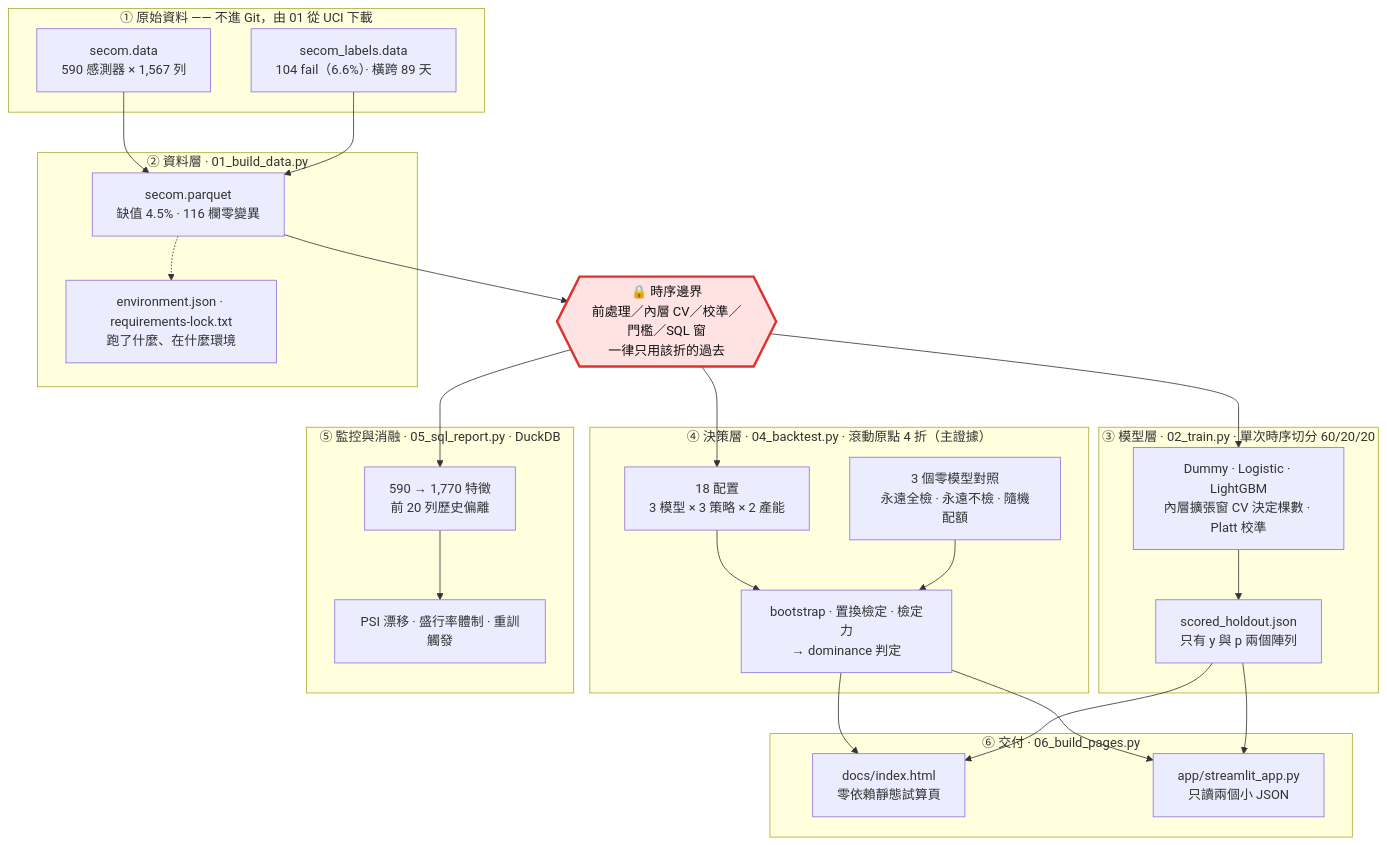
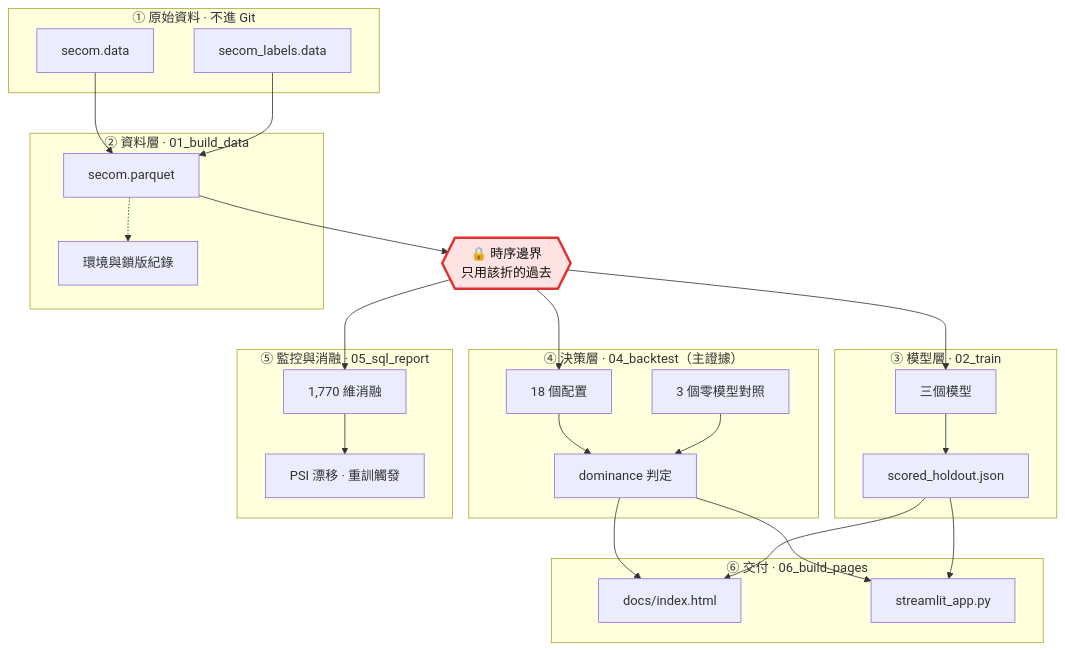
The diagram in README.zh-TW.md (mina201199/ML_2), drawn with Mermaid before and after one commit. The commit also changed other lines of this file and 1 other file, not shown here.

Commit message:
架構圖瘦身：格子只留名字，細節搬到圖下的表
上一版在 GitHub 上讀不了。README 容器約 900px 寬，中文版的圖渲染
出來 1720px、英文版 1797px，被縮到 52% 與 50%，字小到要點右下角的
放大鍵才看得清。一張要點開才讀得了的圖，對「三十秒看懂」沒有貢獻。

作法是不動結構、只縮短節點文字：每格第二行的細節（缺值比例、CV 與
校準方式、18 配置的組成、對照策略的名字、歷史特徵的窗長）全部搬到
圖下新增的一張表，一層一列。資訊沒有減少，只是從圖裡移到文字裡 ——
圖負責講流程的形狀，表負責講每一層的內容。

量過再收手，不是看起來變好就算：
  中文 1720 -> 1310px（900px 容器內 52% -> 69%）
  英文 1797 -> 1332px（50% -> 68%）

英文第一次只降到 1427，因為瓶頸不是我先改的 subgraph 標題，而是 ④
裡並排的 18 configurations 與 3 model-free baselines 兩格 —— 中文的
「18 個配置」「3 個零模型對照」天生短很多。改短那兩格才追上中文版。

再往下要拆掉「閘門分出三條並行分支」這個結構才可能，那會讓 04 與 05
看起來像是接在 02 後面，不值得為了寬度扭曲管線的真實形狀。

````diff
--- a/README.zh-TW.md
+++ b/README.zh-TW.md
@@ -90,53 +90,53 @@
 ```mermaid
 flowchart TB
-  subgraph S1["① 原始資料 —— 不進 Git，由 01 從 UCI 下載"]
-    A["secom.data<br/>590 感測器 × 1,567 列"]
-    B["secom_labels.data<br/>104 fail（6.6%）· 橫跨 89 天"]
+  subgraph S1["① 原始資料 · 不進 Git"]
+    A["secom.data"]
+    B["secom_labels.data"]
   end
 
-  subgraph S2["② 資料層 · 01_build_data.py"]
-    C["secom.parquet<br/>缺值 4.5% · 116 欄零變異"]
-    D["environment.json · requirements-lock.txt<br/>跑了什麼、在什麼環境"]
+  subgraph S2["② 資料層 · 01_build_data"]
+    C["secom.parquet"]
+    D["環境與鎖版紀錄"]
   end
 
-  LOCK{{"🔒 時序邊界<br/>前處理／內層 CV／校準／門檻／SQL 窗<br/>一律只用該折的過去"}}
+  LOCK{{"🔒 時序邊界<br/>只用該折的過去"}}
 
-  subgraph S3["③ 模型層 · 02_train.py · 單次時序切分 60/20/20"]
-    E["Dummy · Logistic · LightGBM<br/>內層擴張窗 CV 決定棵數 · Platt 校準"]
-    F["scored_holdout.json<br/>只有 y 與 p 兩個陣列"]
+  subgraph S3["③ 模型層 · 02_train"]
+    E["三個模型"]
+    F["scored_holdout.json"]
   end
 
-  subgraph S4["④ 決策層 · 04_backtest.py · 滾動原點 4 折（主證據）"]
-    G["18 配置<br/>3 模型 × 3 策略 × 2 產能"]
-    H["3 個零模型對照<br/>永遠全檢 · 永遠不檢 · 隨機配額"]
-    I["bootstrap · 置換檢定 · 檢定力<br/>→ dominance 判定"]
+  subgraph S4["④ 決策層 · 04_backtest（主證據）"]
+    G["18 個配置"]
+    H["3 個零模型對照"]
+    I["dominance 判定"]
   end
 
-  subgraph S5["⑤ 監控與消融 · 05_sql_report.py · DuckDB"]
-    J["590 → 1,770 特徵<br/>前 20 列歷史偏離"]
-    K["PSI 漂移 · 盛行率體制 · 重訓觸發"]
+  subgraph S5["⑤ 監控與消融 · 05_sql_report"]
+    J["1,770 維消融"]
+    K["PSI 漂移 · 重訓觸發"]
   end
 
-  subgraph S6["⑥ 交付 · 06_build_pages.py"]
-    L["docs/index.html<br/>零依賴靜態試算頁"]
-    M["app/streamlit_app.py<br/>只讀兩個小 JSON"]
+  subgraph S6["⑥ 交付 · 06_build_pages"]
+    L["docs/index.html"]
+    M["streamlit_app.py"]
   end
 
   A --> C
   B --> C
   C -.-> D
   C --> LOCK
   LOCK --> E
   LOCK --> G
   LOCK --> J
   E --> F
   G --> I
   H --> I
   J --> K
   I --> L
   F --> L
   I --> M
   F --> M
 
   style LOCK fill:#ffe3e3,stroke:#e03131,stroke-width:3px,color:#111
 ```
````
